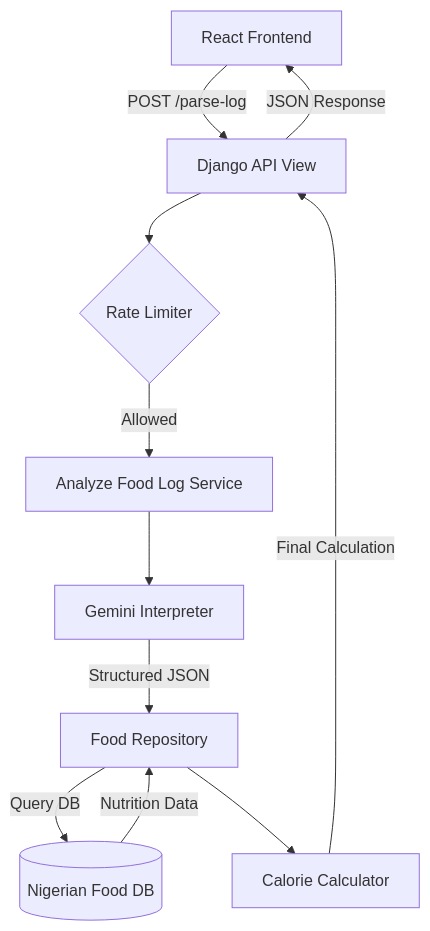
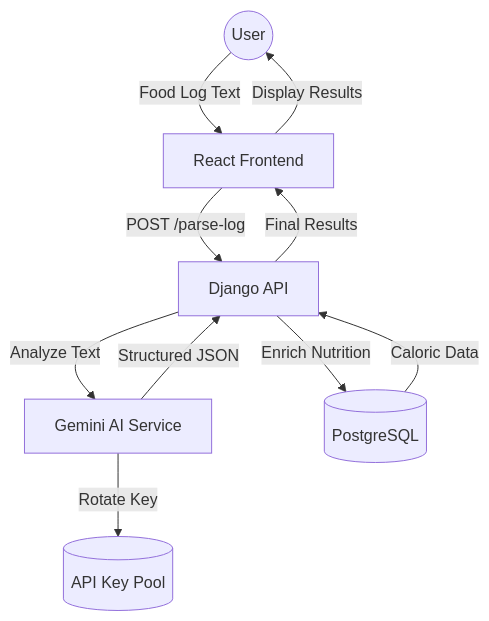
The diagram in README.md (sethnwoks/Naijacal), drawn with Mermaid before and after one commit. The commit also changed other lines of this file, not shown here.

````diff
--- a/README.md
+++ b/README.md
@@ -29,13 +55,12 @@
 ```mermaid
 graph TD
-    A[React Frontend] -->|POST /parse-log| B[Django API View]
-    B --> C{Rate Limiter}
-    C -->|Allowed| D[Analyze Food Log Service]
-    D --> E[Gemini Interpreter]
-    E -->|Structured JSON| F[Food Repository]
-    F -->|Query DB| G[(Nigerian Food DB)]
-    G -->|Nutrition Data| F
-    F --> H[Calorie Calculator]
-    H -->|Final Calculation| B
-    B -->|JSON Response| A
+    User((User)) -->|Food Log Text| React[React Frontend]
+    React -->|POST /parse-log| Django[Django API]
+    Django -->|Analyze Text| AI_Service[Gemini AI Service]
+    AI_Service -->|Rotate Key| Keys[(API Key Pool)]
+    AI_Service -->|Structured JSON| Django
+    Django -->|Enrich Nutrition| DB[(PostgreSQL)]
+    DB -->|Caloric Data| Django
+    Django -->|Final Results| React
+    React -->|Display Results| User
 ```
````
